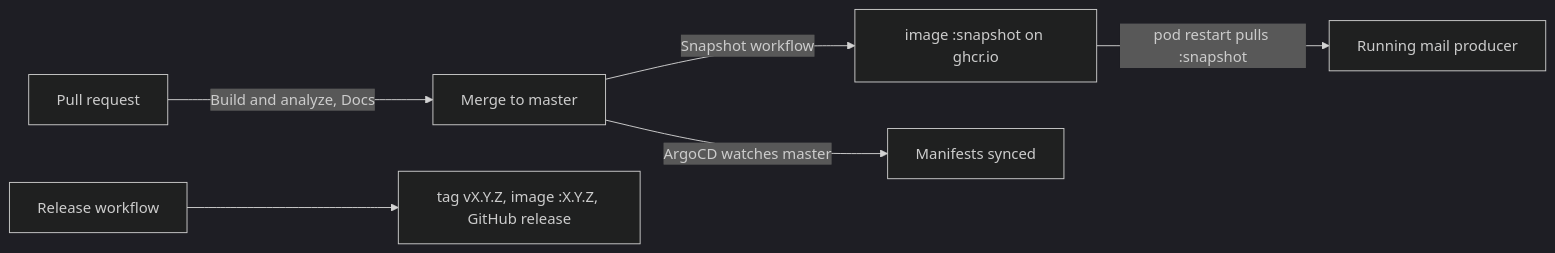
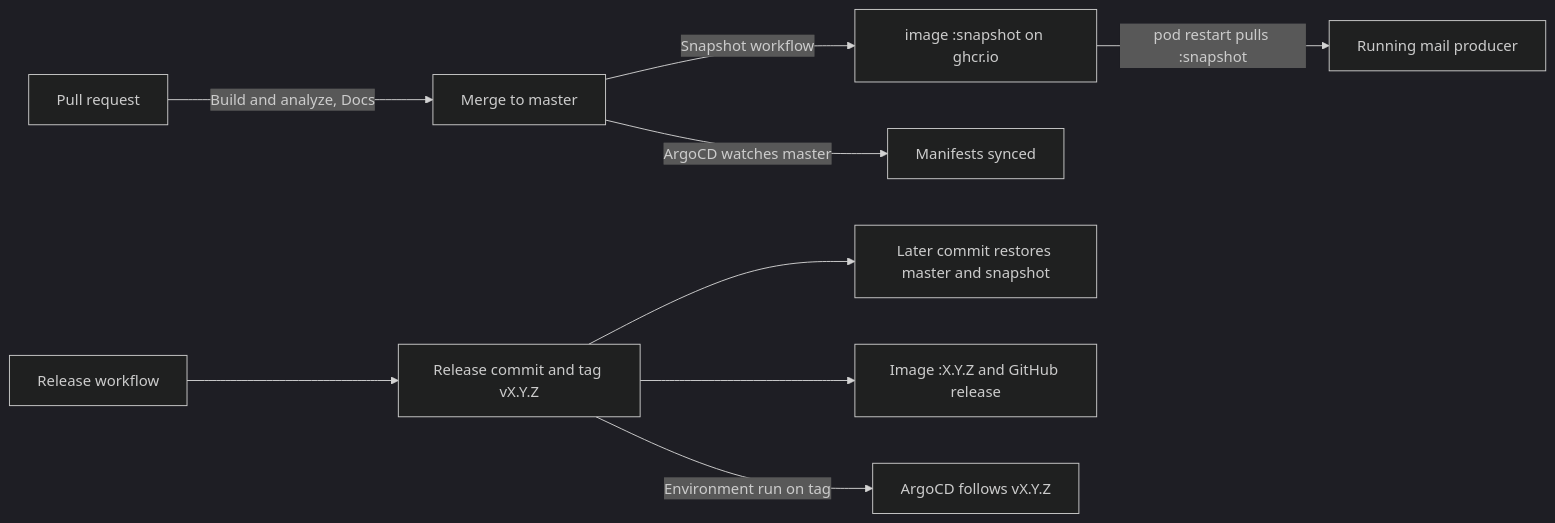
The third of 3 diagrams in docs/system/architecture.md (Guslarz/invoice-watcher), drawn with Mermaid (dark theme) before and after one commit. The commit also changed other lines of this file and 41 other files, not shown here.

````diff
--- a/docs/system/architecture.md
+++ b/docs/system/architecture.md
@@ -80,8 +80,11 @@
 ```mermaid
 flowchart LR
   pr[Pull request] -->|Build and analyze, Docs| merge[Merge to master]
   merge -->|Snapshot workflow| img[image :snapshot on ghcr.io]
   merge -->|ArgoCD watches master| sync[Manifests synced]
   img -->|pod restart pulls :snapshot| run[Running mail producer]
-  rel[Release workflow] --> tag[tag vX.Y.Z, image :X.Y.Z, GitHub release]
+  rel[Release workflow] --> tag[Release commit and tag vX.Y.Z]
+  tag --> dev[Later commit restores master and snapshot]
+  tag --> pub[Image :X.Y.Z and GitHub release]
+  tag -->|Environment run on tag| pinned[ArgoCD follows vX.Y.Z]
 ```
````
